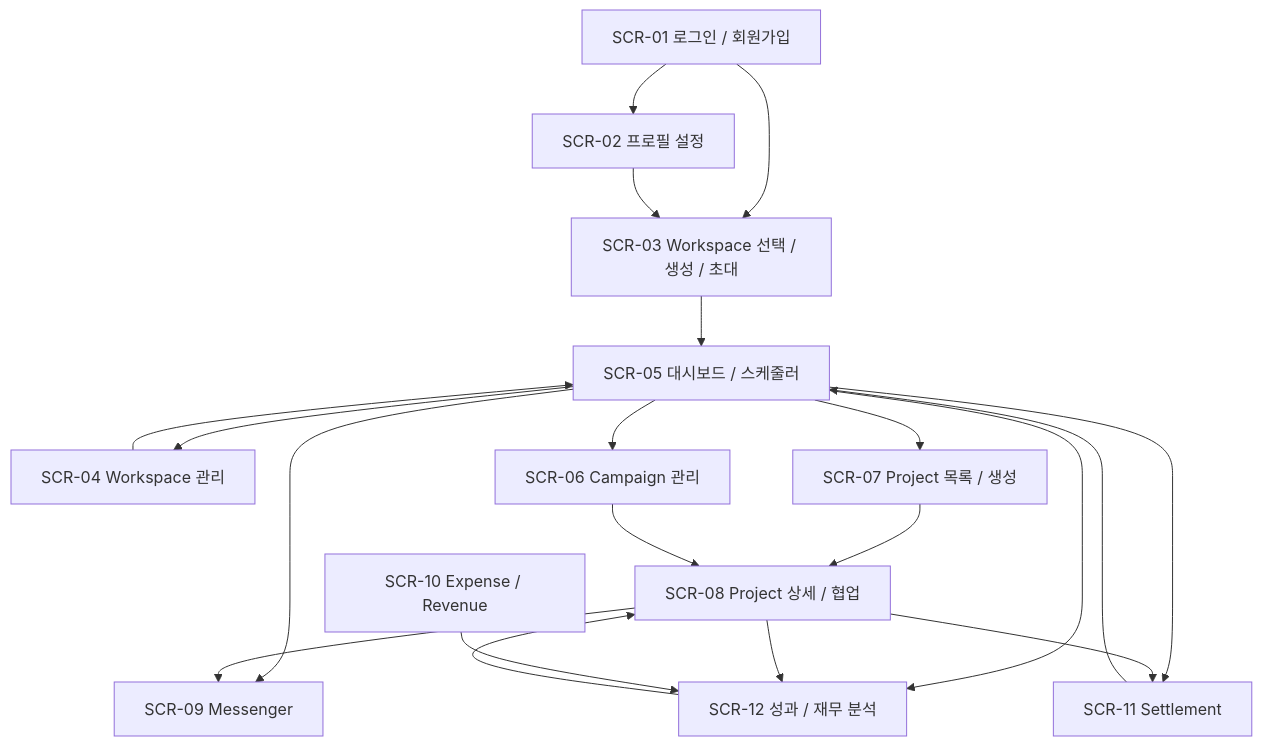
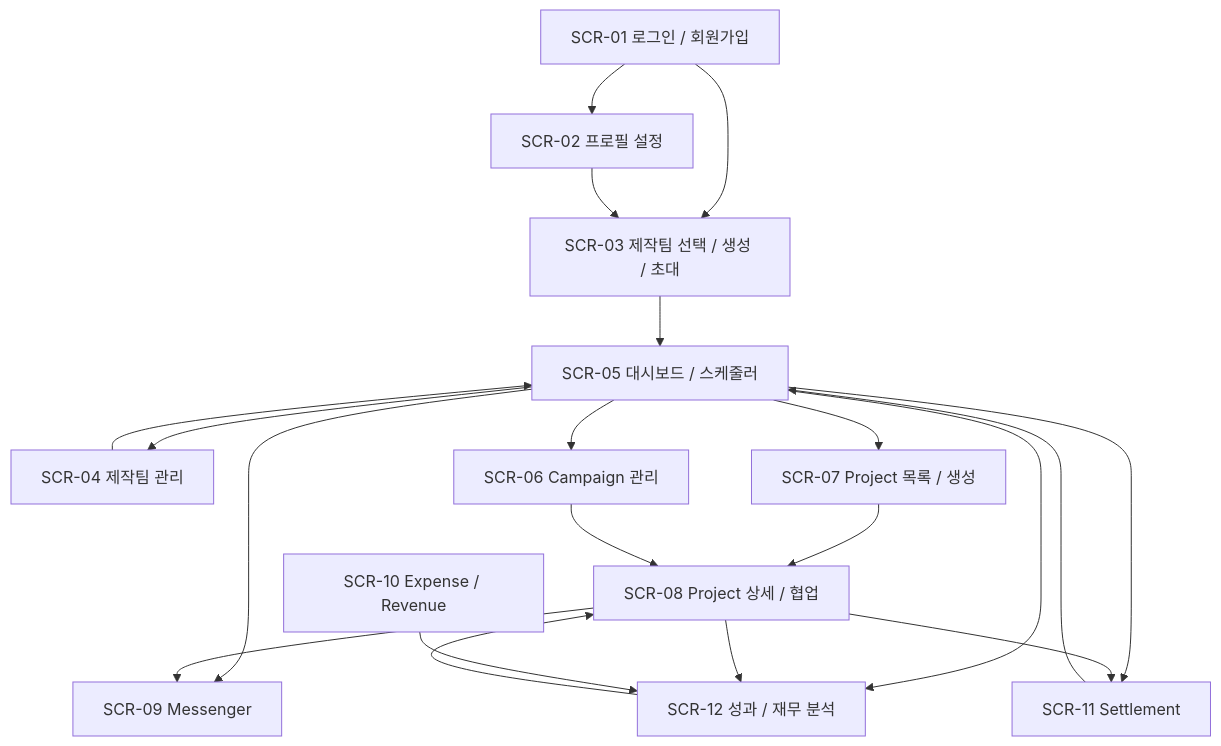
One commit to heebaek200/yms-project changed the diagram in docs/design/화면 설계.md. Above: the diagram before and after it, drawn with Mermaid. The commit also changed other lines of this file and 13 other files, not shown here.

````diff
--- a/docs/design/화면 설계.md
+++ b/docs/design/화면 설계.md
@@ -992,38 +994,38 @@
 ```mermaid
 flowchart TD
     A[SCR-01 로그인 / 회원가입]
     B[SCR-02 프로필 설정]
-    C[SCR-03 Workspace 선택 / 생성 / 초대]
+    C[SCR-03 제작팀 선택 / 생성 / 초대]
     D[SCR-05 대시보드 / 스케줄러]
-    E[SCR-04 Workspace 관리]
+    E[SCR-04 제작팀 관리]
     F[SCR-06 Campaign 관리]
     G[SCR-07 Project 목록 / 생성]
     H[SCR-08 Project 상세 / 협업]
     I[SCR-09 Messenger]
     J[SCR-10 Expense / Revenue]
     K[SCR-11 Settlement]
     L[SCR-12 성과 / 재무 분석]
 
     A --> B
     A --> C
     B --> C
     C --> D
 
     D --> E
     D --> F
     D --> G
     D --> I
     D --> K
     D --> L
 
     G --> H
     F --> H
     H --> I
     H --> K
     H --> L
 
     E --> D
     J --> L
     K --> D
     L --> H
 ```
````
